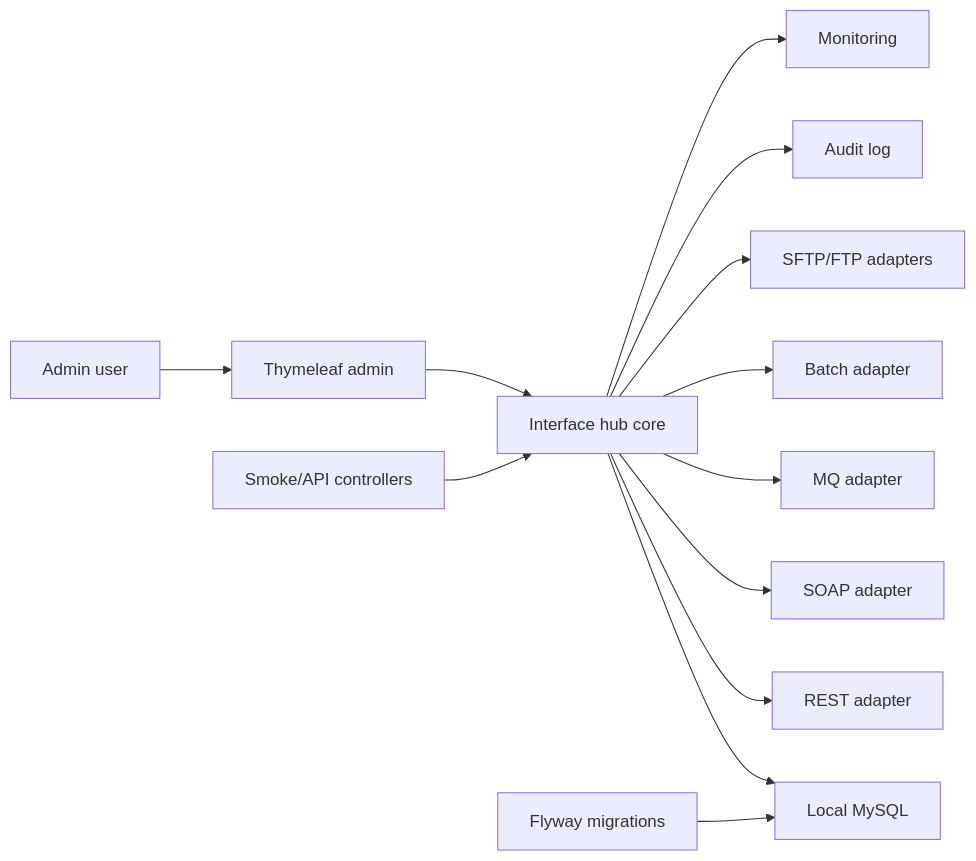
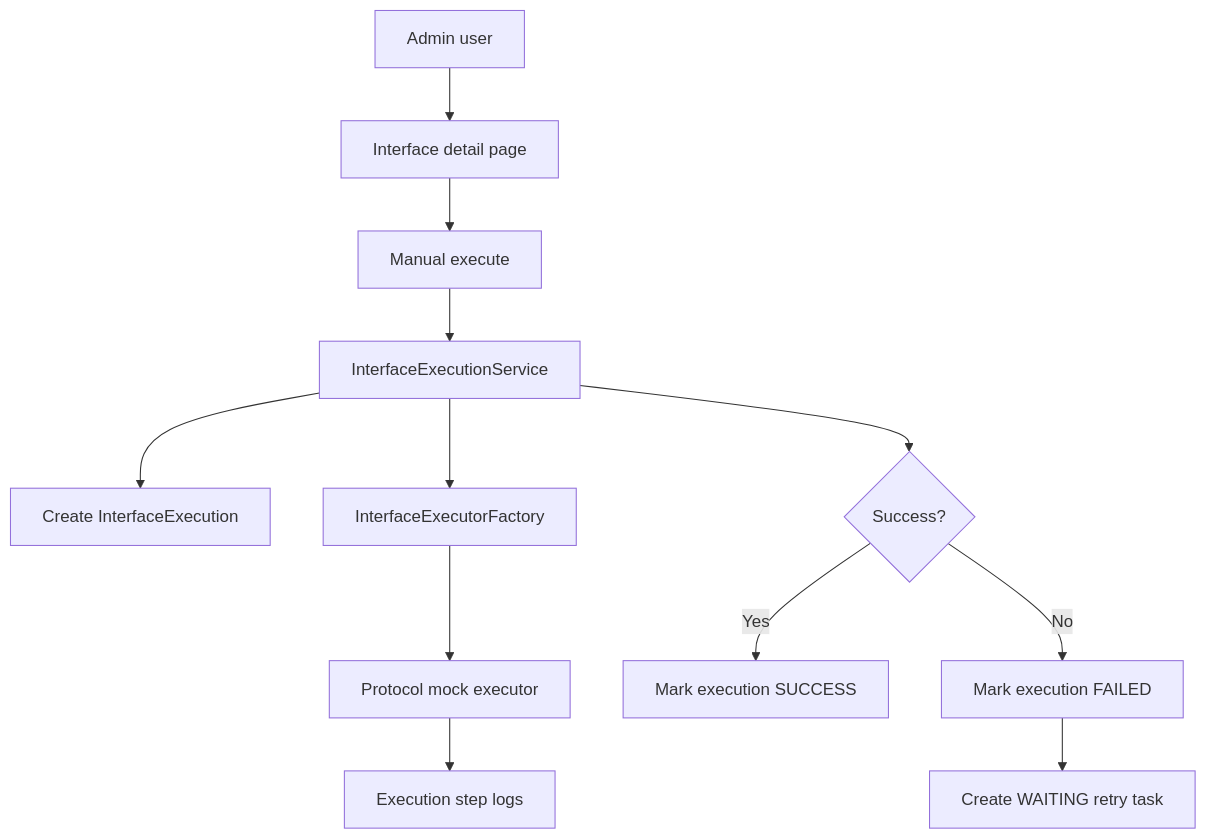
The first of 2 diagrams in docs/02-architecture.md (prozen99/Insurance_interface_hub), drawn with Mermaid before and after one commit. The commit also changed other lines of this file and 15 other files, not shown here.

````diff
--- a/docs/02-architecture.md
+++ b/docs/02-architecture.md
@@ -34,15 +25,14 @@
 ```mermaid
-flowchart LR
-    User["Admin user"] --> Admin["Thymeleaf admin"]
-    Admin --> Core["Interface hub core"]
-    Api["Smoke/API controllers"] --> Core
-    Core --> Database["Local MySQL"]
-    Flyway["Flyway migrations"] --> Database
-    Core --> Rest["REST adapter"]
-    Core --> Soap["SOAP adapter"]
-    Core --> Mq["MQ adapter"]
-    Core --> Batch["Batch adapter"]
-    Core --> File["SFTP/FTP adapters"]
-    Core --> Audit["Audit log"]
-    Core --> Monitoring["Monitoring"]
+flowchart TD
+    Admin["Admin user"] --> Detail["Interface detail page"]
+    Detail --> Execute["Manual execute"]
+    Execute --> Engine["InterfaceExecutionService"]
+    Engine --> Record["Create InterfaceExecution"]
+    Engine --> Factory["InterfaceExecutorFactory"]
+    Factory --> Mock["Protocol mock executor"]
+    Mock --> Steps["Execution step logs"]
+    Engine --> Result{"Success?"}
+    Result -->|Yes| Success["Mark execution SUCCESS"]
+    Result -->|No| Failure["Mark execution FAILED"]
+    Failure --> Retry["Create WAITING retry task"]
 ```
````
